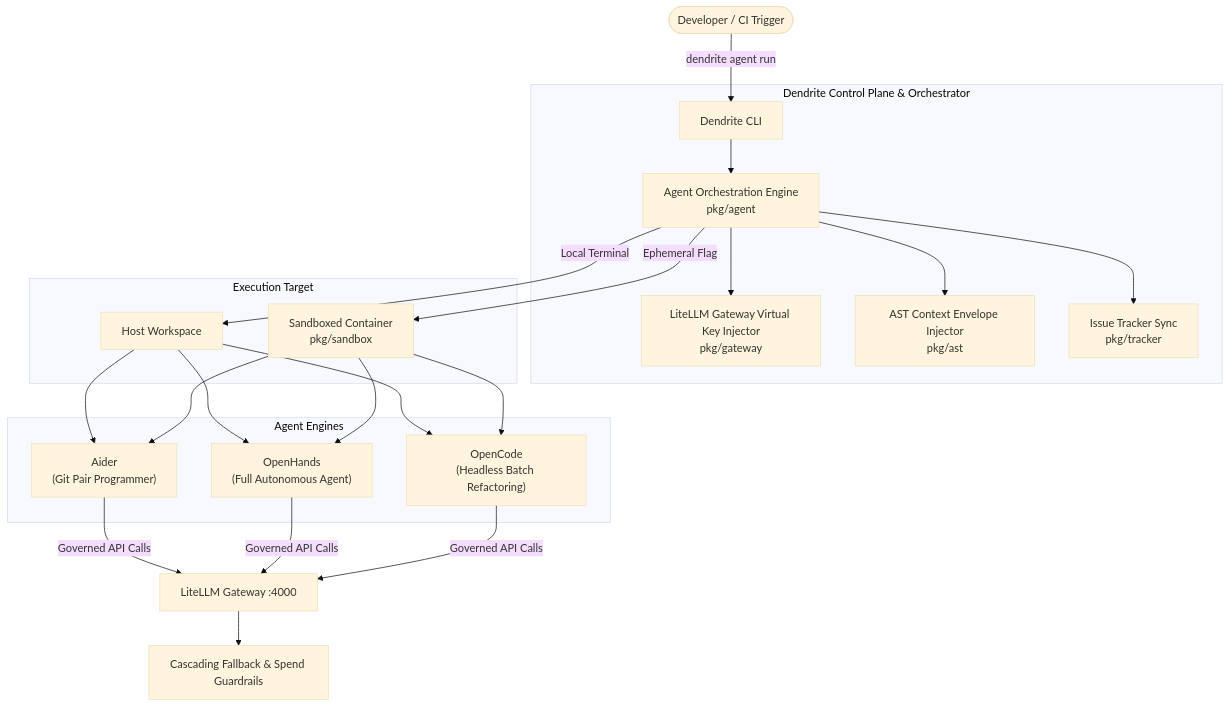
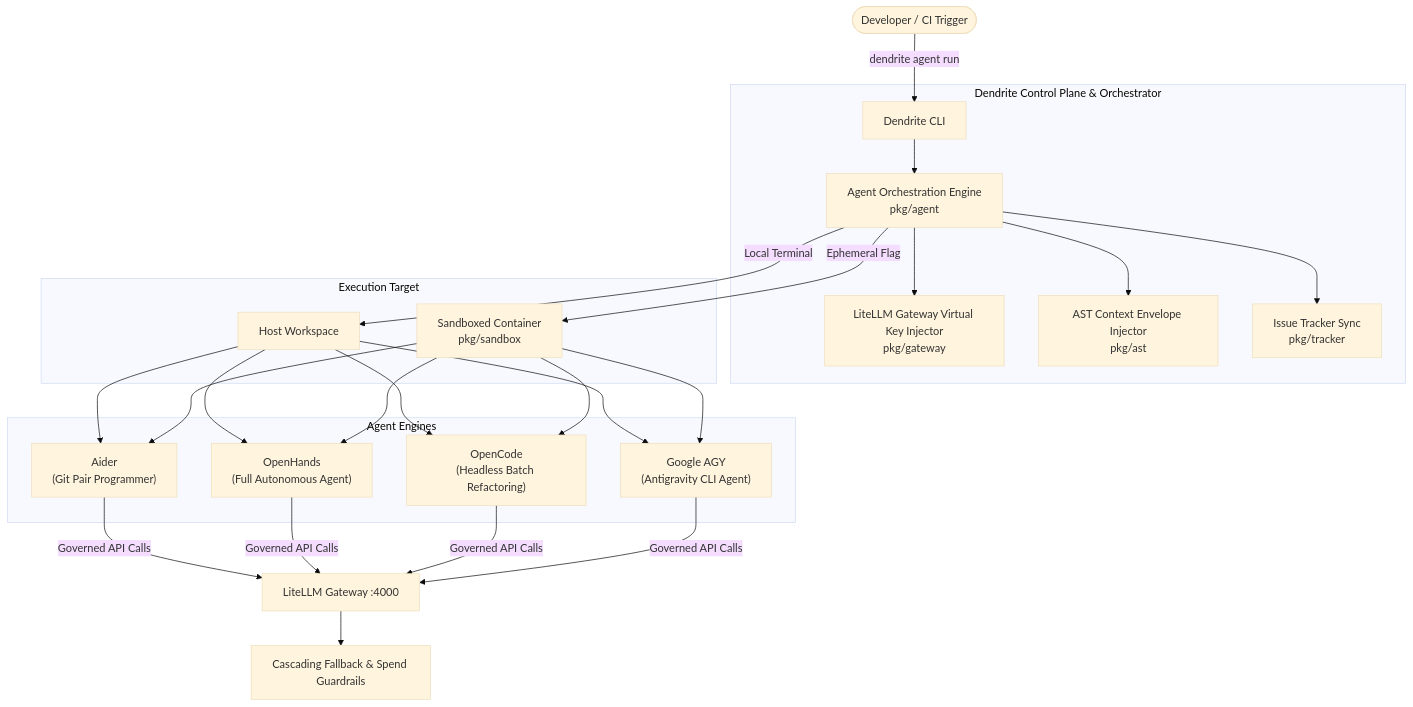
One commit to yasuomaidana/dendrite changed the diagram in docs/features/FEAT-013-agentic-coding-tools.md. Above: the diagram before and after it, drawn with Mermaid (base theme). The commit also changed other lines of this file and 4 other files, not shown here.

Commit message:
feat(agent): add support for Google AGY in CLI and documentation

````diff
--- a/docs/features/FEAT-013-agentic-coding-tools.md
+++ b/docs/features/FEAT-013-agentic-coding-tools.md
@@ -44,25 +47,26 @@
 ```mermaid
 flowchart TD
     User([Developer / CI Trigger]) -->|dendrite agent run <tool>| CLI[Dendrite CLI]
     
     subgraph "Dendrite Control Plane & Orchestrator"
         CLI --> AgentEngine[Agent Orchestration Engine<br/>pkg/agent]
         AgentEngine --> TokenGov[LiteLLM Gateway Virtual Key Injector<br/>pkg/gateway]
         AgentEngine --> ContextGen[AST Context Envelope Injector<br/>pkg/ast]
         AgentEngine --> TrackerSync[Issue Tracker Sync<br/>pkg/tracker]
     end
 
     subgraph "Execution Target"
         AgentEngine -->|Local Terminal| HostExec[Host Workspace]
         AgentEngine -->|Ephemeral Flag| SandboxExec[Sandboxed Container<br/>pkg/sandbox]
     end
 
     subgraph "Agent Engines"
         HostExec & SandboxExec --> Aider["Aider<br/>(Git Pair Programmer)"]
         HostExec & SandboxExec --> OpenHands["OpenHands<br/>(Full Autonomous Agent)"]
         HostExec & SandboxExec --> OpenCode["OpenCode<br/>(Headless Batch Refactoring)"]
+        HostExec & SandboxExec --> AGY["Google AGY<br/>(Antigravity CLI Agent)"]
     end
 
-    Aider & OpenHands & OpenCode -->|Governed API Calls| Gateway[LiteLLM Gateway :4000]
+    Aider & OpenHands & OpenCode & AGY -->|Governed API Calls| Gateway[LiteLLM Gateway :4000]
     Gateway --> Fallback[Cascading Fallback & Spend Guardrails]
 ```
````
